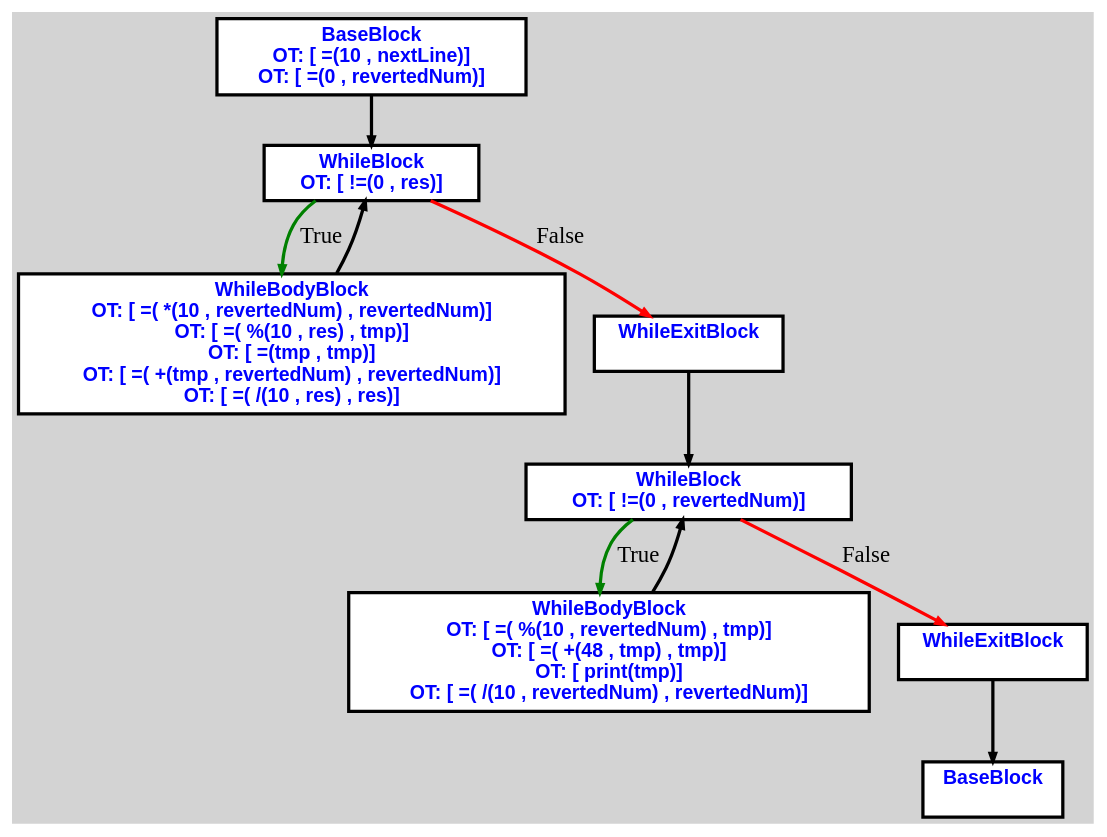
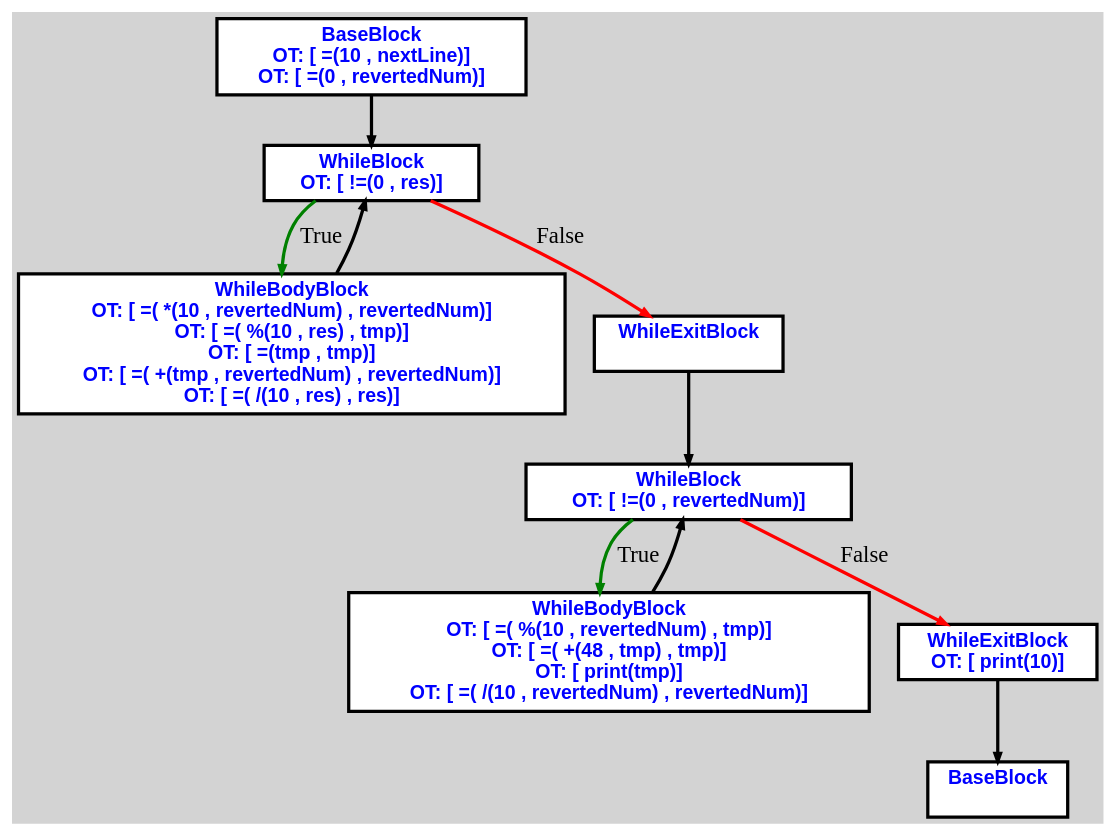
The diagram in cpoCompilerWin/input2.txt.printf.dot (aveen007/CountingMonkeys), drawn with Graphviz before and after one commit. The commit also changed 15 other files, not shown here.

```diff
--- a/cpoCompilerWin/input2.txt.printf.dot
+++ b/cpoCompilerWin/input2.txt.printf.dot
@@ -1,37 +1,38 @@
 digraph G {
 ordering=out;
 ranksep=.4;
 bgcolor="lightgrey";  node [shape=box, fixedsize=false, fontsize=12, fontname="Helvetica-bold", fontcolor="blue"
 width=.25, height=.25, color="black", fillcolor="white", style="filled, solid, bold"];
 
-edge [arrowsize=.5, color="black", style="bold"]    n000011C7BD722AE0 [label="BaseBlock\n OT: [ =(10 , nextLine)]
+edge [arrowsize=.5, color="black", style="bold"]    n000011EC12C230E0 [label="BaseBlock\n OT: [ =(10 , nextLine)]
 OT: [ =(0 , revertedNum)]
 "]
-    n000011C7BD722B40 [label="WhileBlock\n OT: [ !=(0 , res)]
+    n000011EC12C23140 [label="WhileBlock\n OT: [ !=(0 , res)]
 "]
-    n000011C7BD722AE0 -> n000011C7BD722B40
-	   n000011C7BD722B40 -> n000011C7BD722BA0 [ label = "True" color="green"]
-    n000011C7BD722BA0 [label="WhileBodyBlock\n OT: [ =( *(10 , revertedNum) , revertedNum)]
+    n000011EC12C230E0 -> n000011EC12C23140
+	   n000011EC12C23140 -> n000011EC12C231A0 [ label = "True" color="green"]
+    n000011EC12C231A0 [label="WhileBodyBlock\n OT: [ =( *(10 , revertedNum) , revertedNum)]
 OT: [ =( %(10 , res) , tmp)]
 OT: [ =(tmp , tmp)]
 OT: [ =( +(tmp , revertedNum) , revertedNum)]
 OT: [ =( /(10 , res) , res)]
 "]
-    n000011C7BD722BA0 -> n000011C7BD722B40
-	   n000011C7BD722B40 -> n000011C7BD722C00 [ label = "False" color="red"]
-    n000011C7BD722C00 [label="WhileExitBlock\n "]
-    n000011C7BD722C60 [label="WhileBlock\n OT: [ !=(0 , revertedNum)]
+    n000011EC12C231A0 -> n000011EC12C23140
+	   n000011EC12C23140 -> n000011EC12C23200 [ label = "False" color="red"]
+    n000011EC12C23200 [label="WhileExitBlock\n "]
+    n000011EC12C23260 [label="WhileBlock\n OT: [ !=(0 , revertedNum)]
 "]
-    n000011C7BD722C00 -> n000011C7BD722C60
-	   n000011C7BD722C60 -> n000011C7BD722CC0 [ label = "True" color="green"]
-    n000011C7BD722CC0 [label="WhileBodyBlock\n OT: [ =( %(10 , revertedNum) , tmp)]
+    n000011EC12C23200 -> n000011EC12C23260
+	   n000011EC12C23260 -> n000011EC12C232C0 [ label = "True" color="green"]
+    n000011EC12C232C0 [label="WhileBodyBlock\n OT: [ =( %(10 , revertedNum) , tmp)]
 OT: [ =( +(48 , tmp) , tmp)]
 OT: [ print(tmp)]
 OT: [ =( /(10 , revertedNum) , revertedNum)]
 "]
-    n000011C7BD722CC0 -> n000011C7BD722C60
-	   n000011C7BD722C60 -> n000011C7BD722D20 [ label = "False" color="red"]
-    n000011C7BD722D20 [label="WhileExitBlock\n "]
-    n000011C7BD722D80 [label="BaseBlock\n "]
-    n000011C7BD722D20 -> n000011C7BD722D80
+    n000011EC12C232C0 -> n000011EC12C23260
+	   n000011EC12C23260 -> n000011EC12C23320 [ label = "False" color="red"]
+    n000011EC12C23320 [label="WhileExitBlock\n OT: [ print(10)]
+"]
+    n000011EC12C23380 [label="BaseBlock\n "]
+    n000011EC12C23320 -> n000011EC12C23380
 }
```
